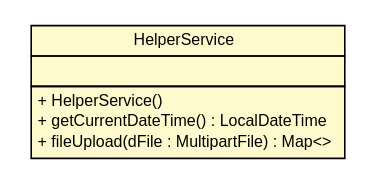
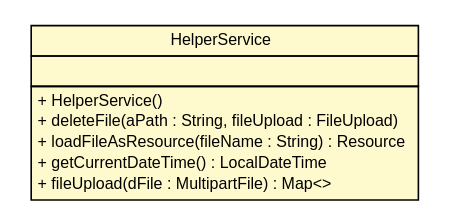
Before and after one commit to kunleawotunbo/exb_fileservice: the diagram in spring-fileservice-demo-project/server/target/apidocs/de/exb/platform/cloud/fileservice/service/HelperService.dot, drawn with Graphviz. The commit also changed 100 other files, not shown here.

```diff
--- a/spring-fileservice-demo-project/server/target/apidocs/de/exb/platform/cloud/fileservice/service/HelperService.dot
+++ b/spring-fileservice-demo-project/server/target/apidocs/de/exb/platform/cloud/fileservice/service/HelperService.dot
@@ -1,26 +1,28 @@
 #!/usr/local/bin/dot
 #
 # Class diagram 
 # Generated by UMLGraph version R5_6 (http://www.umlgraph.org/)
 #
 
 digraph G {
 	edge [fontname="arial",fontsize=10,labelfontname="arial",labelfontsize=10];
 	node [fontname="arial",fontsize=10,shape=plaintext];
 	nodesep=0.25;
 	ranksep=0.5;
 	// de.exb.platform.cloud.fileservice.service.HelperService
 	c372 [label=<<table title="de.exb.platform.cloud.fileservice.service.HelperService" border="0" cellborder="1" cellspacing="0" cellpadding="2" port="p" bgcolor="lemonChiffon" href="./HelperService.html">
 		<tr><td><table border="0" cellspacing="0" cellpadding="1">
 <tr><td align="center" balign="center"> HelperService </td></tr>
 		</table></td></tr>
 		<tr><td><table border="0" cellspacing="0" cellpadding="1">
 <tr><td align="left" balign="left">  </td></tr>
 		</table></td></tr>
 		<tr><td><table border="0" cellspacing="0" cellpadding="1">
 <tr><td align="left" balign="left"> + HelperService() </td></tr>
+<tr><td align="left" balign="left"> + deleteFile(aPath : String, fileUpload : FileUpload) </td></tr>
+<tr><td align="left" balign="left"> + loadFileAsResource(fileName : String) : Resource </td></tr>
 <tr><td align="left" balign="left"> + getCurrentDateTime() : LocalDateTime </td></tr>
 <tr><td align="left" balign="left"> + fileUpload(dFile : MultipartFile) : Map&lt;&gt; </td></tr>
 		</table></td></tr>
 		</table>>, URL="./HelperService.html", fontname="arial", fontcolor="black", fontsize=10.0];
 }
```
